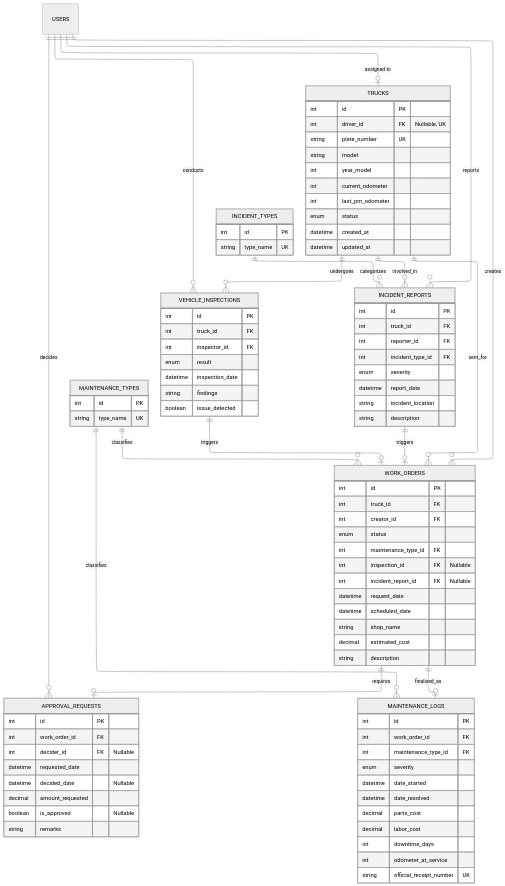
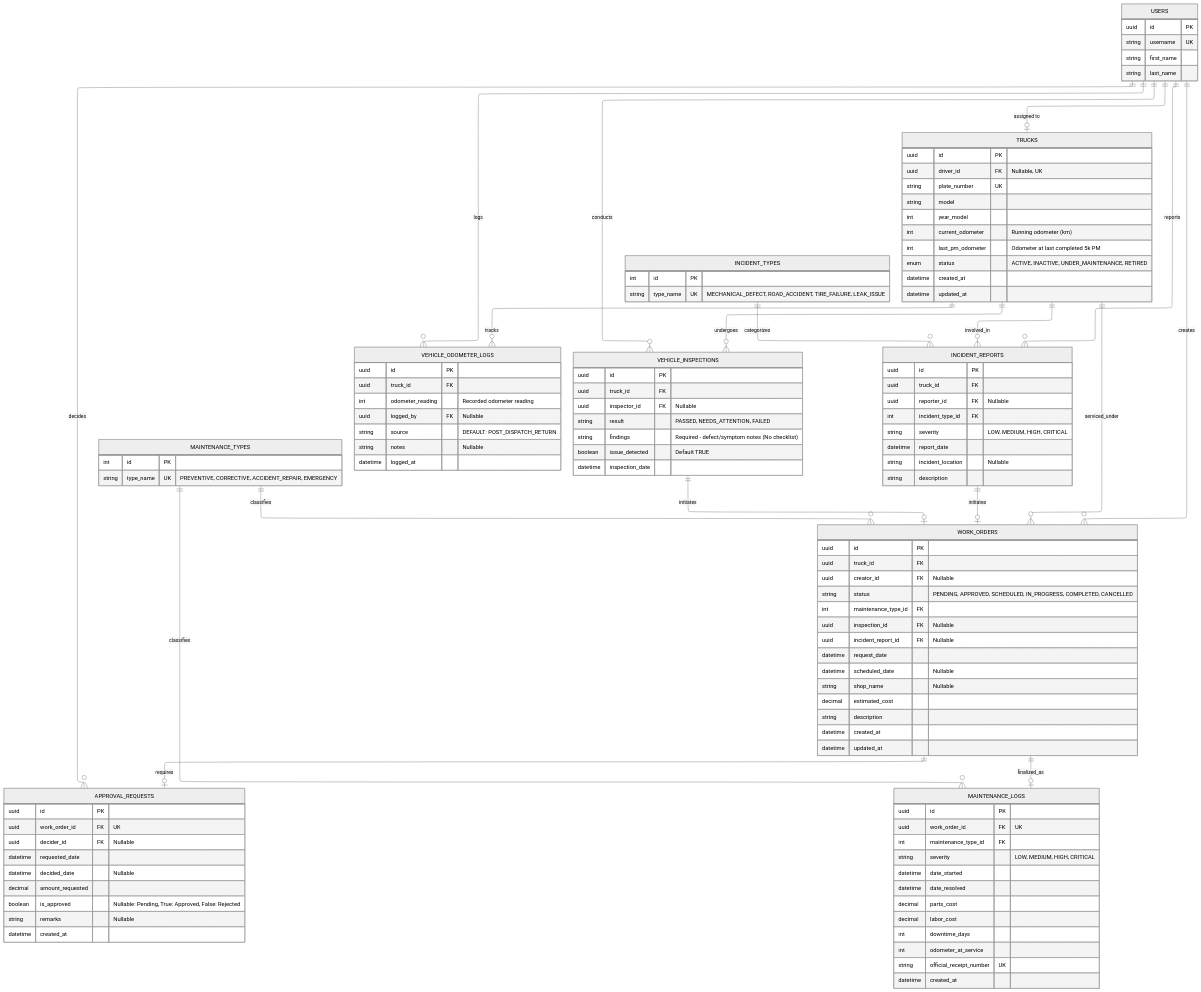
One commit to madayawgas/madayawgas-backend changed the diagram in docs/ERD_mermaid/fleet_and_maintenance_erd.md. Above: the diagram before and after it, drawn with Mermaid. The commit also changed other lines of this file and 6 other files, not shown here.

````diff
--- a/docs/ERD_mermaid/fleet_and_maintenance_erd.md
+++ b/docs/ERD_mermaid/fleet_and_maintenance_erd.md
@@ -8,21 +14,20 @@
 erDiagram
 
     %% ==========================================
-    %% ENUMS
+    %% ENUMS / STATUS CLASSIFICATIONS
     %% ==========================================
 
-    %% PostgreSQL ENUMS:
-    %%   truck_status:
-    %%     ACTIVE, INACTIVE, UNDER_MAINTENANCE, RETIRED
+    %% truck_status:
+    %%   ACTIVE, INACTIVE, UNDER_MAINTENANCE, RETIRED
 
-    %%   maintenance_severity:
-    %%     LOW, MEDIUM, HIGH, CRITICAL
+    %% maintenance_severity:
+    %%   LOW, MEDIUM, HIGH, CRITICAL
 
-    %%   work_order_status:
-    %%     PENDING, APPROVED, SCHEDULED, IN_PROGRESS, COMPLETED, CANCELLED
+    %% work_order_status:
+    %%   PENDING, APPROVED, SCHEDULED, IN_PROGRESS, COMPLETED, CANCELLED
 
-    %%   inspection_result:
-    %%     PASSED, FAILED, NEEDS_ATTENTION
+    %% inspection_result:
+    %%   PASSED, NEEDS_ATTENTION, FAILED
 
 
     %% ==========================================
@@ -31,12 +36,12 @@
 
     MAINTENANCE_TYPES {
         int id PK
-        string type_name UK
+        string type_name UK "PREVENTIVE, CORRECTIVE, ACCIDENT_REPAIR, EMERGENCY"
     }
 
     INCIDENT_TYPES {
         int id PK
-        string type_name UK
+        string type_name UK "MECHANICAL_DEFECT, ROAD_ACCIDENT, TIRE_FAILURE, LEAK_ISSUE"
     }
 
 
@@ -45,73 +50,90 @@
     %% ==========================================
 
     USERS {
+        uuid id PK
+        string username UK
+        string first_name
+        string last_name
     }
 
     TRUCKS {
-        int id PK
-        int driver_id FK "Nullable, UK"
+        uuid id PK
+        uuid driver_id FK "Nullable, UK"
         string plate_number UK
         string model
         int year_model
-        int current_odometer
-        int last_pm_odometer
-        enum status
+        int current_odometer "Running odometer (km)"
+        int last_pm_odometer "Odometer at last completed 5k PM"
+        enum status "ACTIVE, INACTIVE, UNDER_MAINTENANCE, RETIRED"
         datetime created_at
         datetime updated_at
     }
 
+    VEHICLE_ODOMETER_LOGS {
+        uuid id PK
+        uuid truck_id FK
+        int odometer_reading "Recorded odometer reading"
+        uuid logged_by FK "Nullable"
+        string source "DEFAULT: POST_DISPATCH_RETURN"
+        string notes "Nullable"
+        datetime logged_at
+    }
+
     VEHICLE_INSPECTIONS {
-        int id PK
-        int truck_id FK
-        int inspector_id FK
-        enum result
+        uuid id PK
+        uuid truck_id FK
+        uuid inspector_id FK "Nullable"
+        string result "PASSED, NEEDS_ATTENTION, FAILED"
+        string findings "Required - defect/symptom notes (No checklist)"
+        boolean issue_detected "Default TRUE"
         datetime inspection_date
-        string findings
-        boolean issue_detected
     }
 
     INCIDENT_REPORTS {
-        int id PK
-        int truck_id FK
-        int reporter_id FK
+        uuid id PK
+        uuid truck_id FK
+        uuid reporter_id FK "Nullable"
         int incident_type_id FK
-        enum severity
+        string severity "LOW, MEDIUM, HIGH, CRITICAL"
         datetime report_date
-        string incident_location
+        string incident_location "Nullable"
         string description
     }
 
     WORK_ORDERS {
-        int id PK
-        int truck_id FK
-        int creator_id FK
-        enum status
+        uuid id PK
+        uuid truck_id FK
+        uuid creator_id FK "Nullable"
+        string status "PENDING, APPROVED, SCHEDULED, IN_PROGRESS, COMPLETED, CANCELLED"
         int maintenance_type_id FK
-        int inspection_id FK "Nullable"
-        int incident_report_id FK "Nullable"
+        uuid inspection_id FK "Nullable"
+        uuid incident_report_id FK "Nullable"
         datetime request_date
-        datetime scheduled_date
-        string shop_name
+        datetime scheduled_date "Nullable"
+        string shop_name "Nullable"
         decimal estimated_cost
         string description
+        datetime created_at
+        datetime updated_at
     }
 
     APPROVAL_REQUESTS {
-        int id PK
-        int work_order_id FK
-        int decider_id FK "Nullable"
+        uuid id PK
+        uuid work_order_id FK "UK"
+        uuid decider_id FK "Nullable"
         datetime requested_date
         datetime decided_date "Nullable"
         decimal amount_requested
-        boolean is_approved "Nullable"
-        string remarks
+        boolean is_approved "Nullable: Pending, True: Approved, False: Rejected"
+        string remarks "Nullable"
+        datetime created_at
     }
 
     MAINTENANCE_LOGS {
-        int id PK
-        int work_order_id FK
+        uuid id PK
+        uuid work_order_id FK "UK"
         int maintenance_type_id FK
-        enum severity
+        string severity "LOW, MEDIUM, HIGH, CRITICAL"
         datetime date_started
         datetime date_resolved
         decimal parts_cost
@@ -119,6 +141,7 @@
         int downtime_days
         int odometer_at_service
         string official_receipt_number UK
+        datetime created_at
     }
 
 
@@ -126,7 +149,7 @@
     %% RELATIONSHIPS
     %% ==========================================
 
-    %% Current driver assignment
+    %% Driver assignment
     USERS ||--o| TRUCKS : "assigned to"
 
     %% Lookup / classification relationships
@@ -135,19 +158,21 @@
     INCIDENT_TYPES ||--o{ INCIDENT_REPORTS : "categorizes"
 
     %% User actions
+    USERS ||--o{ VEHICLE_ODOMETER_LOGS : "logs"
     USERS ||--o{ VEHICLE_INSPECTIONS : "conducts"
     USERS ||--o{ INCIDENT_REPORTS : "reports"
     USERS ||--o{ WORK_ORDERS : "creates"
     USERS ||--o{ APPROVAL_REQUESTS : "decides"
 
     %% Truck relationships
+    TRUCKS ||--o{ VEHICLE_ODOMETER_LOGS : "tracks"
     TRUCKS ||--o{ VEHICLE_INSPECTIONS : "undergoes"
     TRUCKS ||--o{ INCIDENT_REPORTS : "involved_in"
-    TRUCKS ||--o{ WORK_ORDERS : "sent_for"
+    TRUCKS ||--o{ WORK_ORDERS : "serviced_under"
 
     %% Maintenance workflow
-    VEHICLE_INSPECTIONS ||--o| WORK_ORDERS : "triggers"
-    INCIDENT_REPORTS ||--o| WORK_ORDERS : "triggers"
+    VEHICLE_INSPECTIONS ||--o| WORK_ORDERS : "initiates"
+    INCIDENT_REPORTS ||--o| WORK_ORDERS : "initiates"
     WORK_ORDERS ||--o| APPROVAL_REQUESTS : "requires"
     WORK_ORDERS ||--o| MAINTENANCE_LOGS : "finalized_as"
 ```
````
